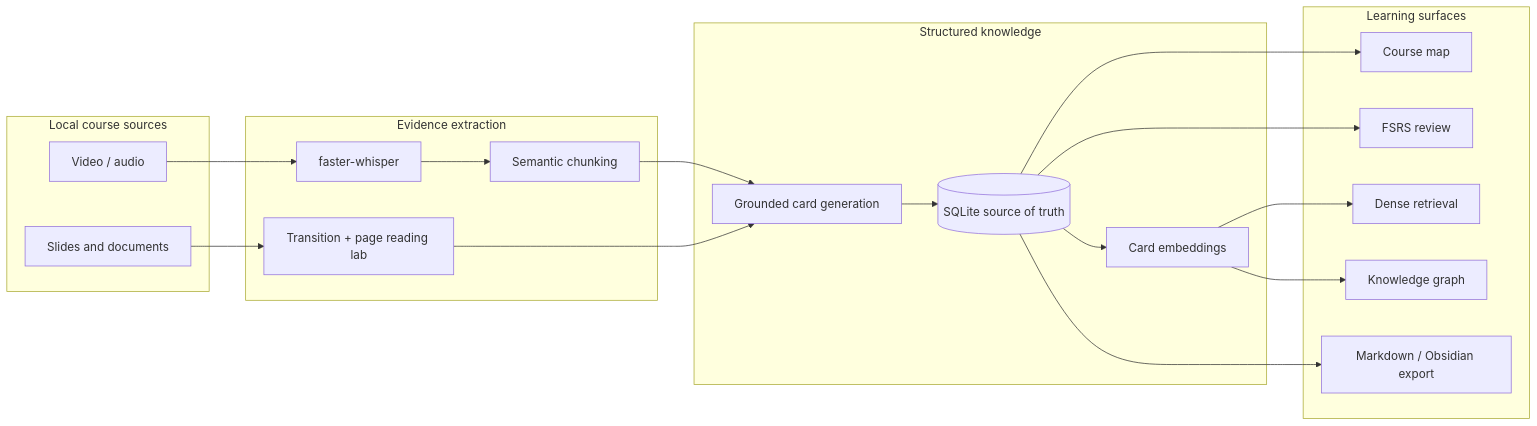
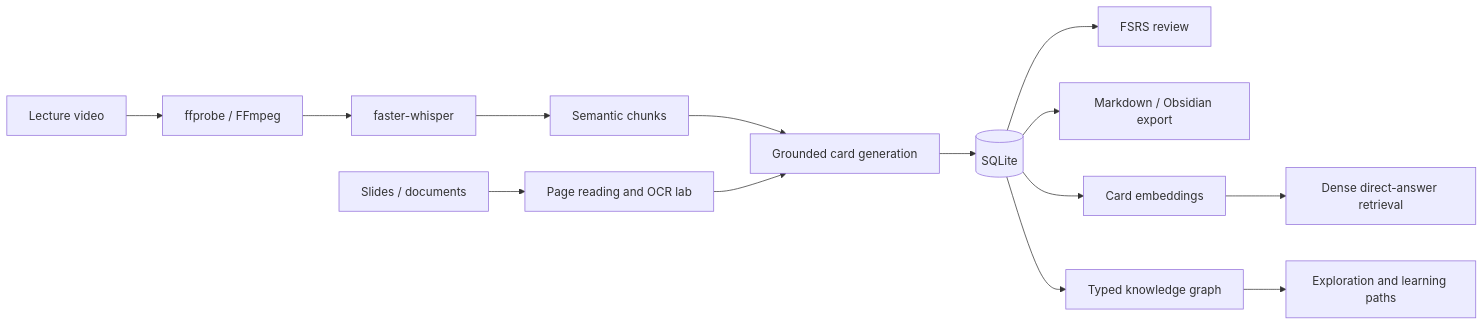
One commit to eatoften/Video_Course_Cards changed the diagram in README.md. Above: the diagram before and after it, drawn with Mermaid. The commit also changed other lines of this file and 45 other files, not shown here.

First line of the commit message:
feat(research): add controlled RAG evaluation and associative graph study

````diff
--- a/README.md
+++ b/README.md
@@ -111,37 +68,16 @@
 ```mermaid
 flowchart LR
-    subgraph Inputs["Local course sources"]
-        V["Video / audio"]
-        S["Slides and documents"]
-    end
-
-    subgraph Evidence["Evidence extraction"]
-        W["faster-whisper"]
-        C["Semantic chunking"]
-        M["Transition + page reading lab"]
-    end
-
-    subgraph Knowledge["Structured knowledge"]
-        G["Grounded card generation"]
-        DB[("SQLite source of truth")]
-        E["Card embeddings"]
-    end
-
-    subgraph Learning["Learning surfaces"]
-        T["Course map"]
-        R["FSRS review"]
-        K["Dense retrieval"]
-        H["Knowledge graph"]
-        X["Markdown / Obsidian export"]
-    end
-
-    V --> W --> C --> G
-    S --> M --> G
-    G --> DB
-    DB --> E
-    DB --> T
-    DB --> R
-    E --> K
-    E --> H
-    DB --> X
+    V["Lecture video"] --> P["ffprobe / FFmpeg"]
+    P --> W["faster-whisper"]
+    W --> C["Semantic chunks"]
+    S["Slides / documents"] --> M["Page reading and OCR lab"]
+    C --> G["Grounded card generation"]
+    M --> G
+    G --> DB[("SQLite")]
+    DB --> R["FSRS review"]
+    DB --> X["Markdown / Obsidian export"]
+    DB --> E["Card embeddings"]
+    E --> D["Dense direct-answer retrieval"]
+    DB --> K["Typed knowledge graph"]
+    K --> L["Exploration and learning paths"]
 ```
````
